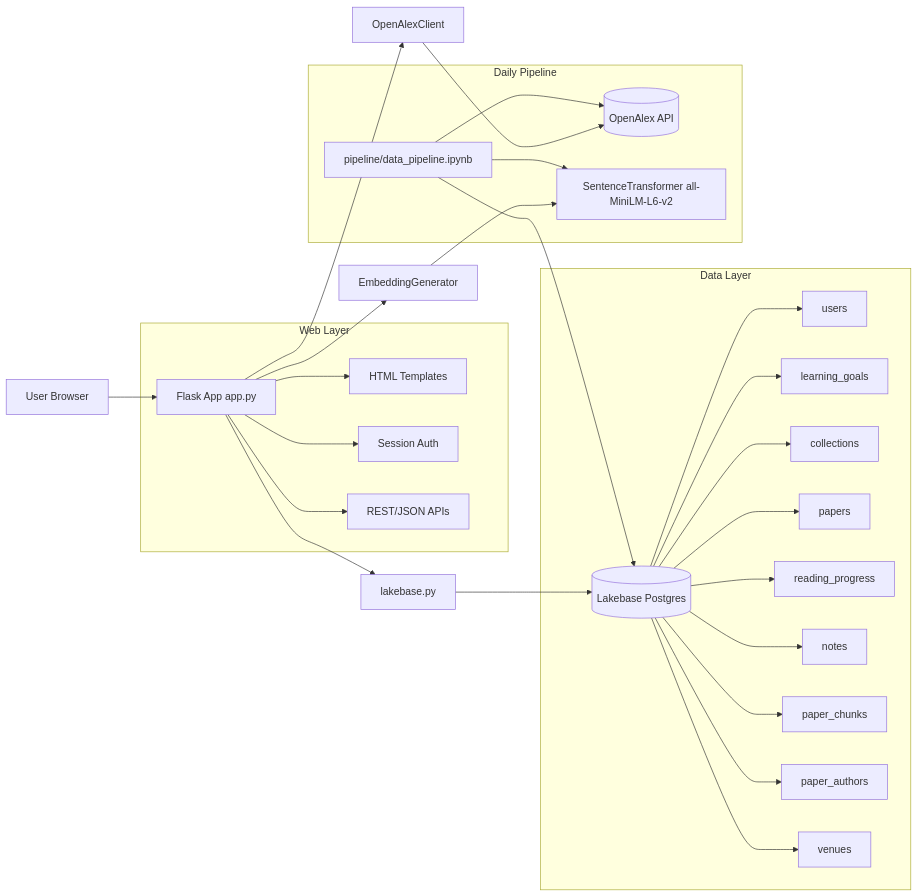
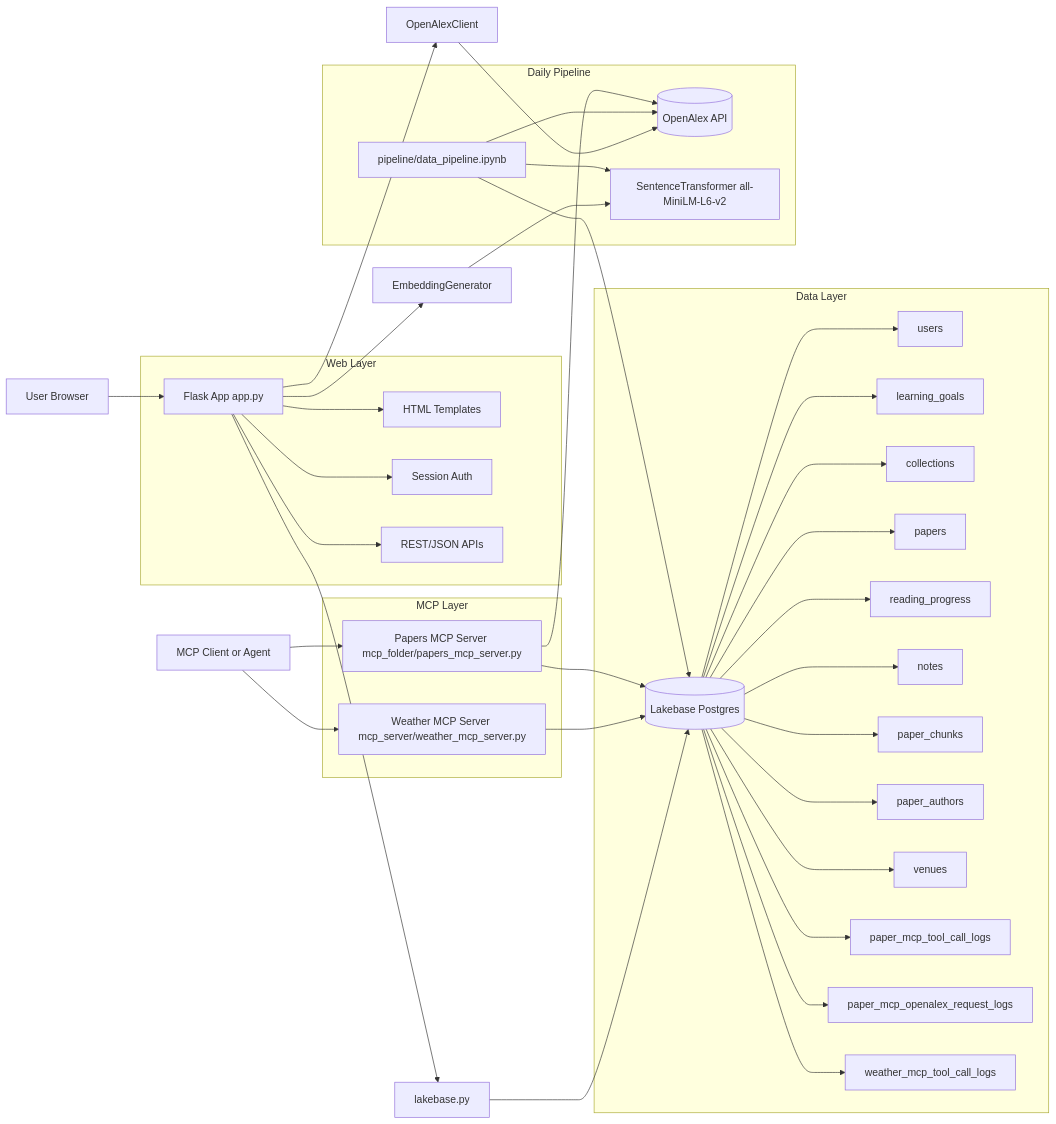
Before and after one commit to sergioss123/databricks-capstone-project: the diagram in README.md, drawn with Mermaid. The commit also changed other lines of this file, not shown here.

Commit message:
Document MCP servers and logging architecture in README

````diff
--- a/README.md
+++ b/README.md
@@ -20,37 +23,48 @@
 ```mermaid
 flowchart LR
     U[User Browser] --> F[Flask App app.py]
+  C[MCP Client or Agent] --> M1[Weather MCP Server mcp_server/weather_mcp_server.py]
+  C --> M2[Papers MCP Server mcp_folder/papers_mcp_server.py]
 
     subgraph Web Layer
       F --> T[HTML Templates]
       F --> S[Session Auth]
       F --> R[REST/JSON APIs]
     end
 
     F --> L[lakebase.py]
     L --> P[(Lakebase Postgres)]
 
     F --> O[OpenAlexClient]
     O --> OA[(OpenAlex API)]
 
     F --> E[EmbeddingGenerator]
     E --> ST[SentenceTransformer all-MiniLM-L6-v2]
 
     subgraph Data Layer
       P --> TB1[users]
       P --> TB2[learning_goals]
       P --> TB3[collections]
       P --> TB4[papers]
       P --> TB5[reading_progress]
       P --> TB6[notes]
       P --> TB7[paper_chunks]
       P --> TB8[paper_authors]
       P --> TB9[venues]
+      P --> TB10[paper_mcp_tool_call_logs]
+      P --> TB11[paper_mcp_openalex_request_logs]
+      P --> TB12[weather_mcp_tool_call_logs]
     end
 
     subgraph Daily Pipeline
       N[pipeline/data_pipeline.ipynb] --> OA
       N --> ST
       N --> P
     end
+
+    subgraph MCP Layer
+      M1 --> P
+      M2 --> P
+      M2 --> OA
+    end
 ```
````
